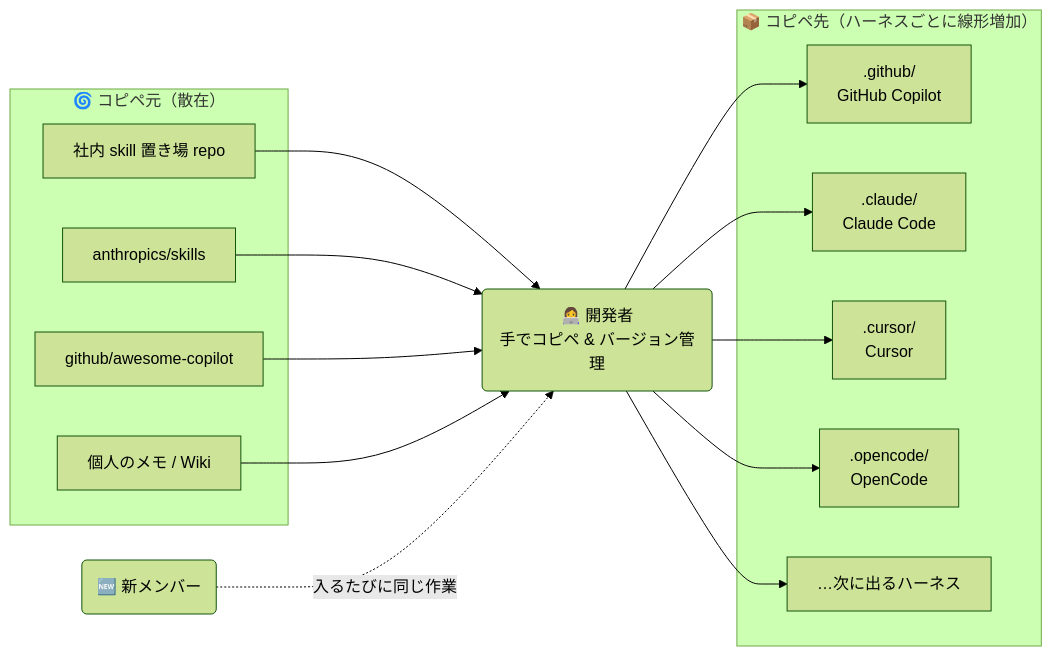
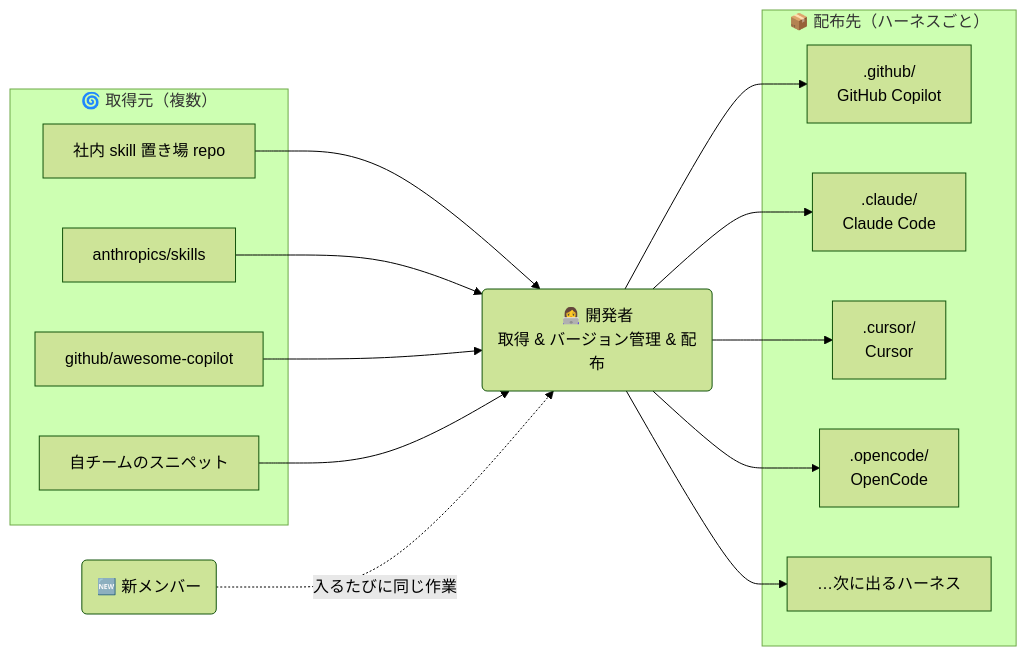
One commit to ry0y4n/zenn-content changed the first of 4 diagrams in articles/agent-package-manager-handson.md. Above: the diagram before and after it, drawn with Mermaid (forest theme). The commit also changed other lines of this file, not shown here.

````diff
--- a/articles/agent-package-manager-handson.md
+++ b/articles/agent-package-manager-handson.md
@@ -30,30 +30,30 @@
 ```mermaid
 flowchart LR
-    subgraph SRC ["🌀 コピペ元（散在）"]
+    subgraph SRC ["🌀 取得元（複数）"]
         src1["社内 skill 置き場 repo"]
         src2["anthropics/skills"]
         src3["github/awesome-copilot"]
-        src4["個人のメモ / Wiki"]
+        src4["自チームのスニペット"]
     end
 
-    dev("👩‍💻 開発者<br/>手でコピペ & バージョン管理")
+    dev("👩‍💻 開発者<br/>取得 & バージョン管理 & 配布")
 
-    subgraph DST ["📦 コピペ先（ハーネスごとに線形増加）"]
+    subgraph DST ["📦 配布先（ハーネスごと）"]
         copilot[".github/<br/>GitHub Copilot"]
         claude[".claude/<br/>Claude Code"]
         cursor[".cursor/<br/>Cursor"]
         opencode[".opencode/<br/>OpenCode"]
         other["…次に出るハーネス"]
     end
 
     src1 --> dev
     src2 --> dev
     src3 --> dev
     src4 --> dev
     dev --> copilot
     dev --> claude
     dev --> cursor
     dev --> opencode
     dev --> other
     new("🆕 新メンバー") -. 入るたびに同じ作業 .-> dev
 ```
````
